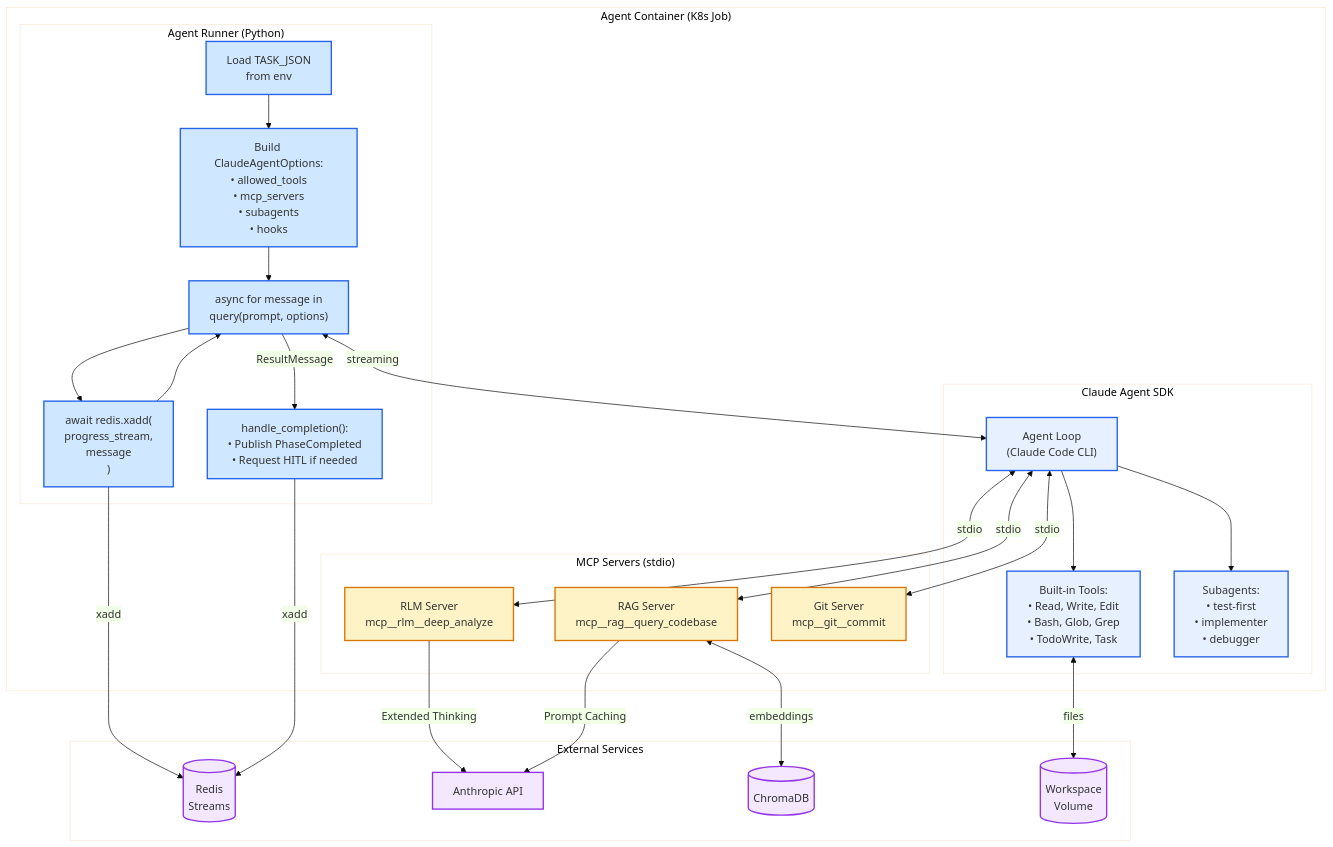
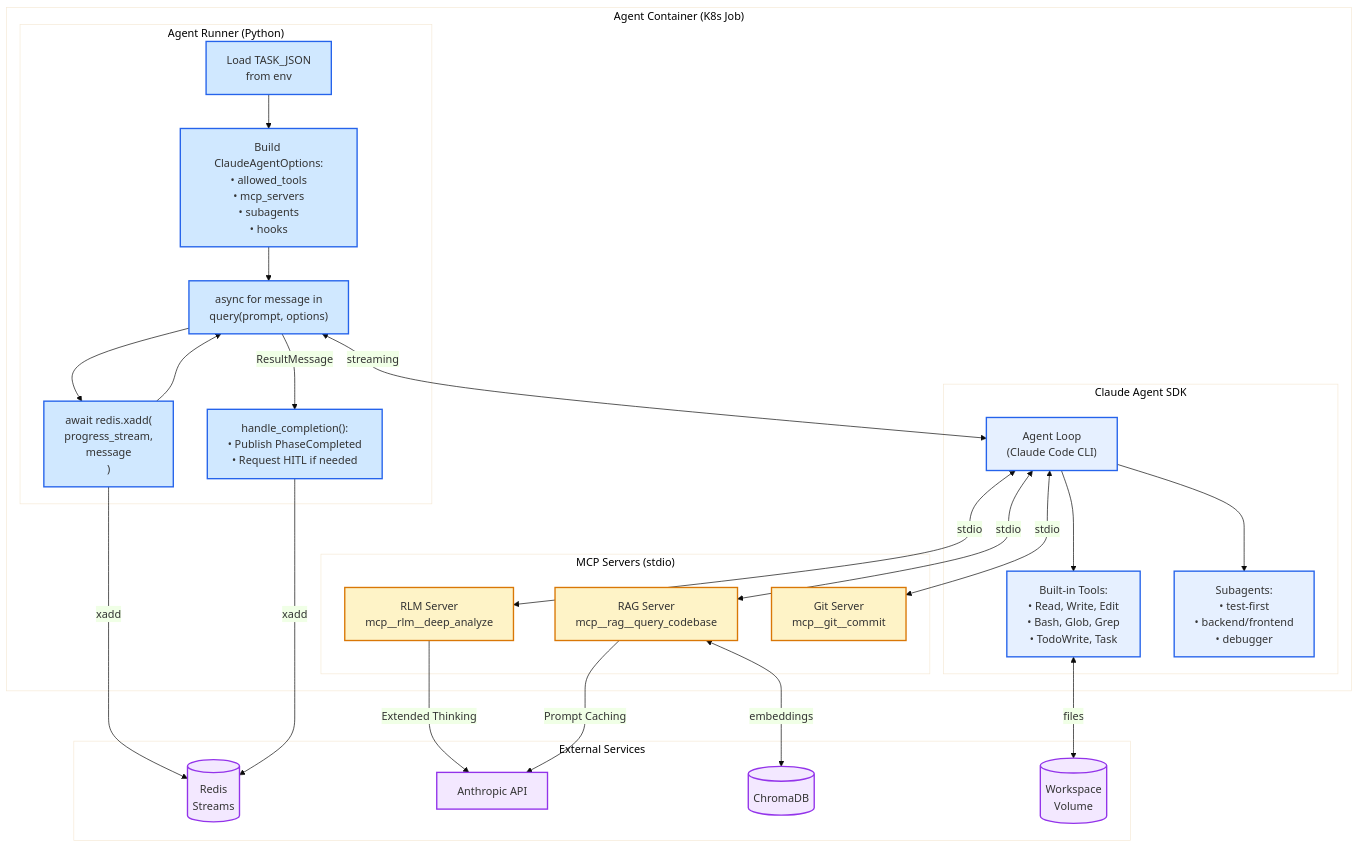
One commit to jb-612/dox-asdlc changed the diagram in docs/diagrams/04-agent-container-internals.mmd. Above: the diagram before and after it, drawn with Mermaid. The commit also changed 36 other files, not shown here.

```diff
--- a/docs/diagrams/04-agent-container-internals.mmd
+++ b/docs/diagrams/04-agent-container-internals.mmd
@@ -1,67 +1,67 @@
 %%{init: {'theme': 'base', 'themeVariables': { 'primaryColor': '#E6F0FF'}}}%%
 
 flowchart TB
     subgraph Container["Agent Container (K8s Job)"]
         subgraph Runner["Agent Runner (Python)"]
             LoadTask["Load TASK_JSON\nfrom env"]
             BuildOpts["Build ClaudeAgentOptions:\n• allowed_tools\n• mcp_servers\n• subagents\n• hooks"]
             QueryLoop["async for message in\nquery(prompt, options)"]
             PublishMsg["await redis.xadd(\n  progress_stream,\n  message\n)"]
             HandleComplete["handle_completion():\n• Publish PhaseCompleted\n• Request HITL if needed"]
         end
 
         subgraph SDK["Claude Agent SDK"]
             AgentLoop["Agent Loop\n(Claude Code CLI)"]
             BuiltInTools["Built-in Tools:\n• Read, Write, Edit\n• Bash, Glob, Grep\n• TodoWrite, Task"]
-            Subagents["Subagents:\n• test-first\n• implementer\n• debugger"]
+            Subagents["Subagents:\n• test-first\n• backend/frontend\n• debugger"]
         end
 
         subgraph MCP["MCP Servers (stdio)"]
             RLMServer["RLM Server\nmcp__rlm__deep_analyze"]
             RAGServer["RAG Server\nmcp__rag__query_codebase"]
             GitServer["Git Server\nmcp__git__commit"]
         end
     end
 
     subgraph External["External Services"]
         Redis[("Redis\nStreams")]
         Anthropic["Anthropic API"]
         ChromaDB[("ChromaDB")]
         Workspace[("Workspace\nVolume")]
     end
 
     %% Runner flow
     LoadTask --> BuildOpts
     BuildOpts --> QueryLoop
     QueryLoop --> PublishMsg
     PublishMsg --> QueryLoop
     QueryLoop -->|ResultMessage| HandleComplete
 
     %% SDK connections
     QueryLoop <-->|streaming| AgentLoop
     AgentLoop --> BuiltInTools
     AgentLoop --> Subagents
     BuiltInTools <-->|files| Workspace
 
     %% MCP connections
     AgentLoop <-->|stdio| RLMServer
     AgentLoop <-->|stdio| RAGServer
     AgentLoop <-->|stdio| GitServer
 
     %% External connections
     PublishMsg -->|xadd| Redis
     HandleComplete -->|xadd| Redis
     RLMServer -->|Extended Thinking| Anthropic
     RAGServer -->|Prompt Caching| Anthropic
     RAGServer <-->|embeddings| ChromaDB
 
     %% Styling
     classDef runner fill:#D0E8FF,stroke:#2563eb,stroke-width:2px
     classDef sdk fill:#E6F0FF,stroke:#2563eb,stroke-width:2px
     classDef mcp fill:#FEF3C7,stroke:#d97706,stroke-width:2px
     classDef external fill:#F3E8FF,stroke:#9333ea,stroke-width:2px
 
     class LoadTask,BuildOpts,QueryLoop,PublishMsg,HandleComplete runner
     class AgentLoop,BuiltInTools,Subagents sdk
     class RLMServer,RAGServer,GitServer mcp
     class Redis,Anthropic,ChromaDB,Workspace external
```
